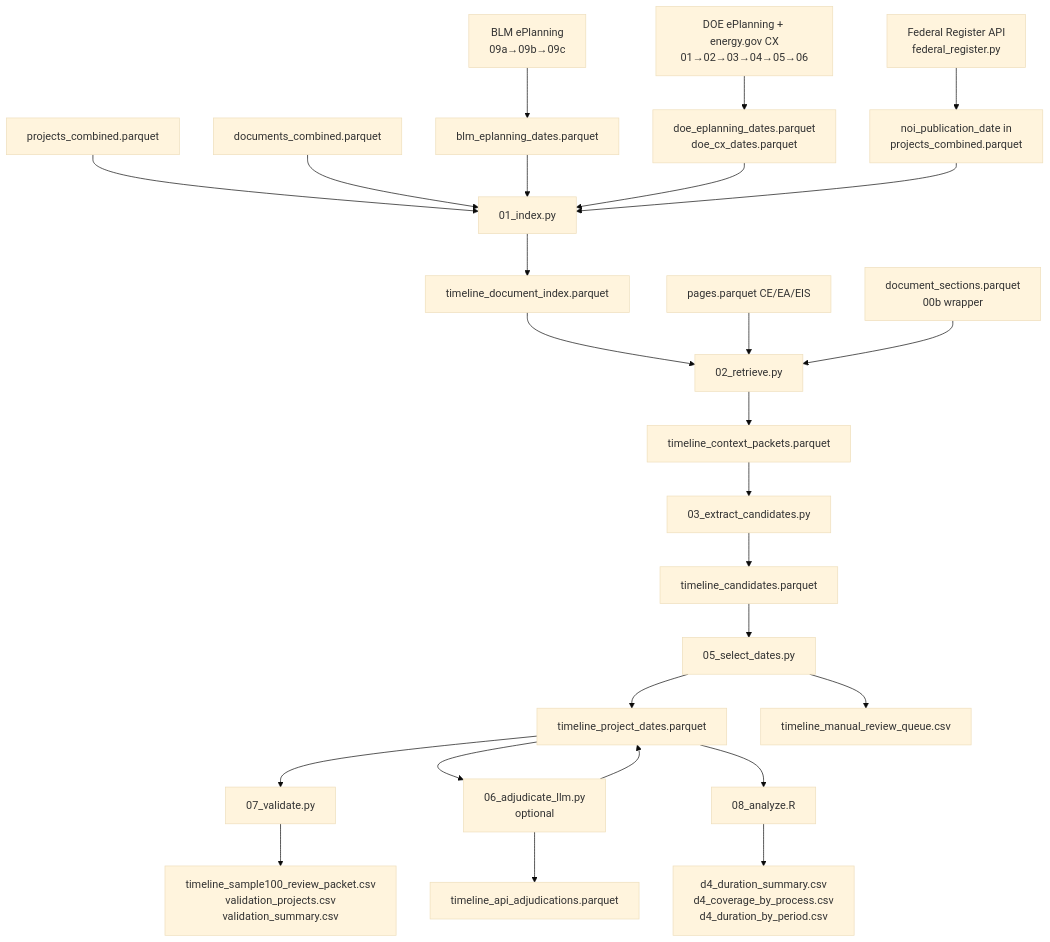
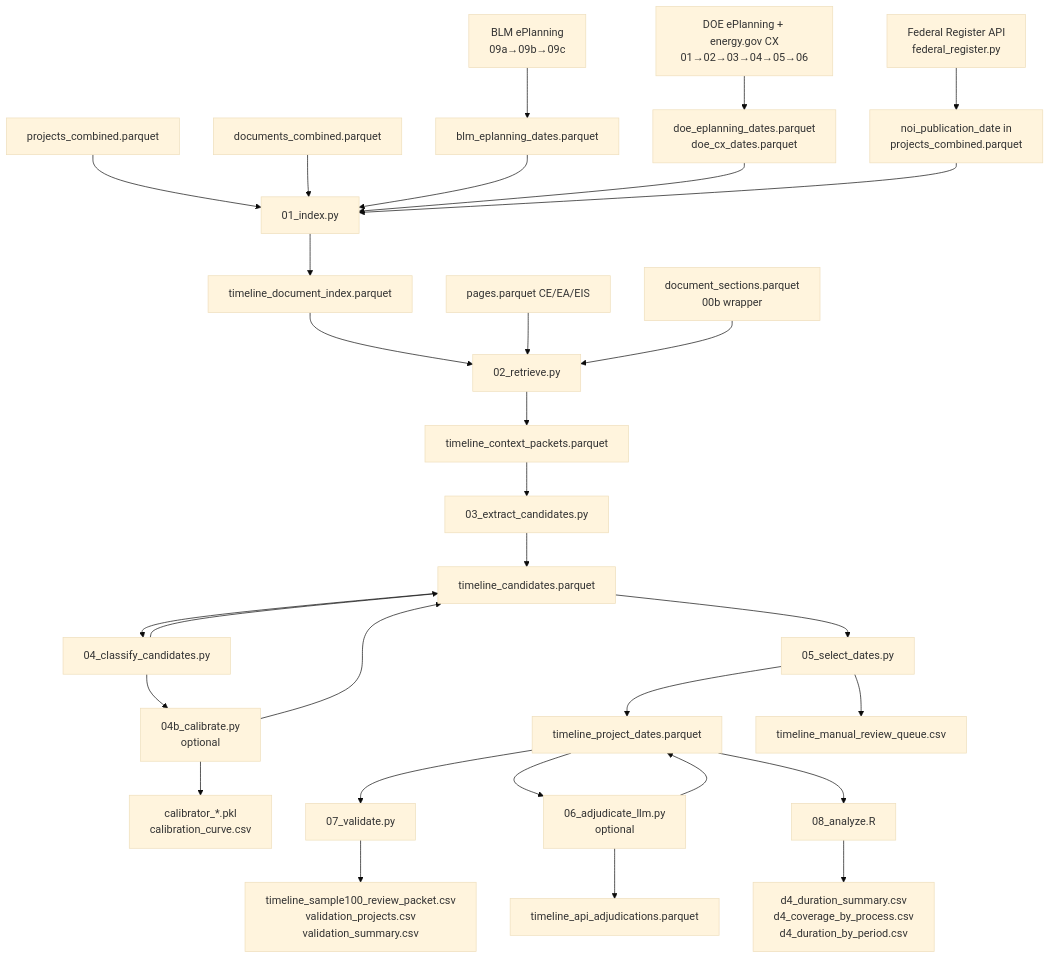
Before and after one commit to kaseyzapatka/nepa: the diagram in phase2/architecture/deliverables/deliverable04.md, drawn with Mermaid (base theme). The commit also changed other lines of this file, not shown here.

Commit message:
update architecture with learned classifier, calibaration, and curve analysis

````diff
--- a/phase2/architecture/deliverables/deliverable04.md
+++ b/phase2/architecture/deliverables/deliverable04.md
@@ -64,35 +65,40 @@
 ```mermaid
 flowchart TD
     A[BLM ePlanning\n09a→09b→09c] --> B[blm_eplanning_dates.parquet]
     C[DOE ePlanning + energy.gov CX\n01→02→03→04→05→06] --> D[doe_eplanning_dates.parquet\ndoe_cx_dates.parquet]
     E[Federal Register API\nfederal_register.py] --> F[noi_publication_date in\nprojects_combined.parquet]
 
     G[projects_combined.parquet] --> H[01_index.py]
     I[documents_combined.parquet] --> H
     B --> H
     D --> H
     F --> H
     H --> J[timeline_document_index.parquet]
 
     J --> K[02_retrieve.py]
     L[pages.parquet CE/EA/EIS] --> K
     M[document_sections.parquet\n00b wrapper] --> K
     K --> N[timeline_context_packets.parquet]
 
     N --> O[03_extract_candidates.py]
     O --> P[timeline_candidates.parquet]
+    P --> C4[04_classify_candidates.py]
+    C4 --> P
+    C4 --> C4B[04b_calibrate.py\noptional]
+    C4B --> C4O[calibrator_*.pkl\ncalibration_curve.csv]
+    C4B --> P
 
     P --> Q[05_select_dates.py]
     Q --> R[timeline_project_dates.parquet]
     Q --> S[timeline_manual_review_queue.csv]
 
     R --> T[07_validate.py]
     T --> U[timeline_sample100_review_packet.csv\nvalidation_projects.csv\nvalidation_summary.csv]
 
     R --> V[06_adjudicate_llm.py\noptional]
     V --> W[timeline_api_adjudications.parquet]
     V --> R
 
     R --> X[08_analyze.R]
     X --> Y[d4_duration_summary.csv\nd4_coverage_by_process.csv\nd4_duration_by_period.csv]
 ```
````
